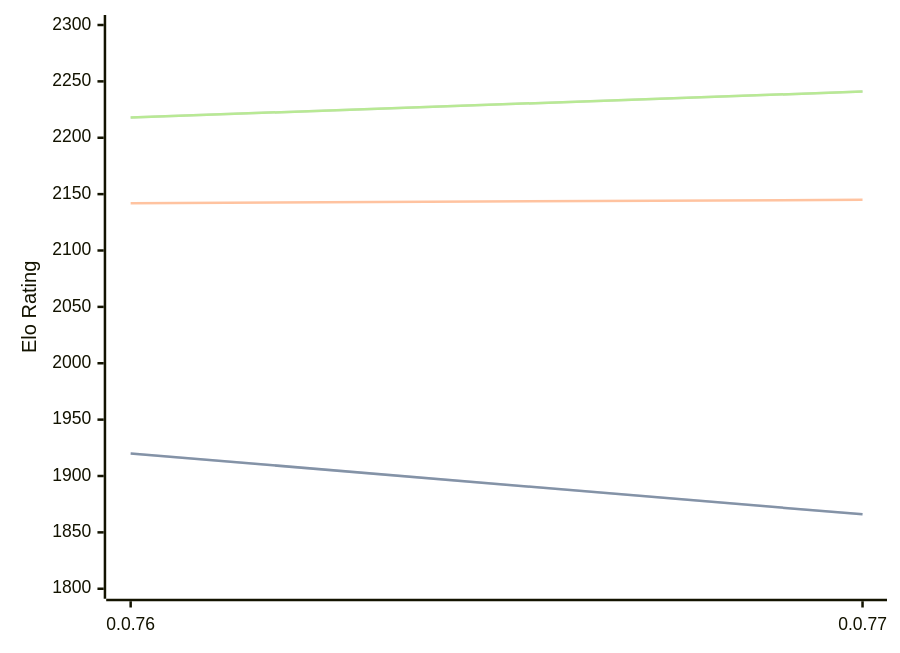
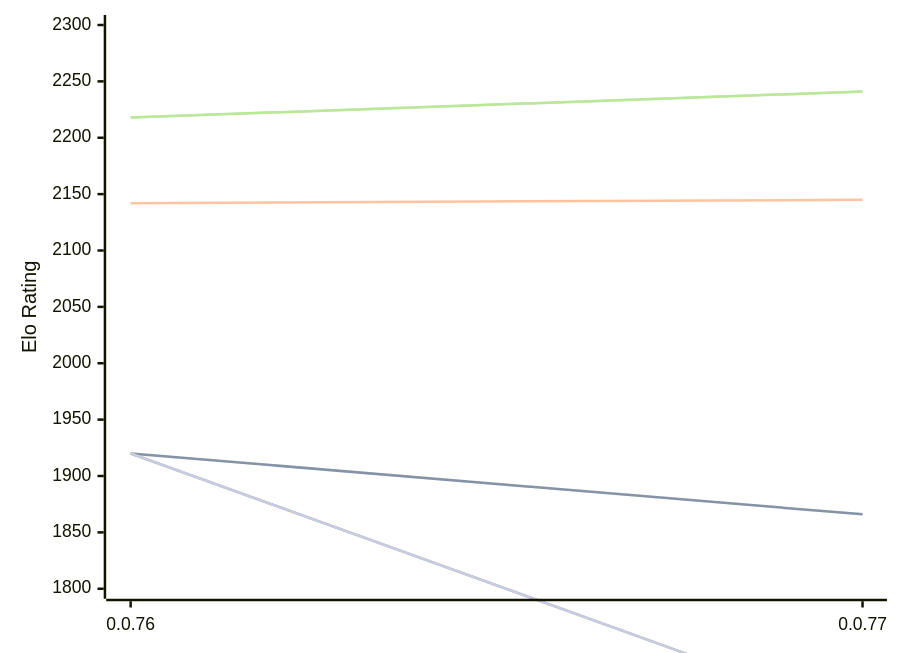
One commit to computer-chess-index/cci changed the diagram in engines/Fktb.md. Above: the diagram before and after it, drawn with Mermaid. The commit also changed other lines of this file, not shown here.

Commit message:
Update CCI Ratings (ELO VLTC) - 2026-10-11

````diff
--- a/engines/Fktb.md
+++ b/engines/Fktb.md
@@ -48,16 +48,13 @@
 ```mermaid
 %%{init: {"theme":"base","themeVariables":{"seriesColors:['#a3a3a3','#222221','#faa371']}}}%%
 xychart-beta
   x-axis ["0.0.76", "0.0.77"]
   y-axis "Elo Rating" 1800 --> 2300
   line "" [1920, 1866]
   line "T1: STC (8.0+0.08s)" [1920, 1866]
   line "T1: LTC (60.0+0.60s)" [2142, 2145]
   line "" [2218, 2241]
   line "T1: VLTC (2m24s+1.12s)" [2218, 2241]
-  line "" [1674]
-  line "E1: STC (8.0+0.08s)" [1674]
-  line "E1: LTC (60.0+0.60s)" [1936]
-  line "" [2049]
-  line "E1: VLTC (2m24s+1.12s)" [2049]
+  line "" [1920,1686]
+  line "E1: STC (8.0+0.08s)" [1920,1686]
 ```
````
